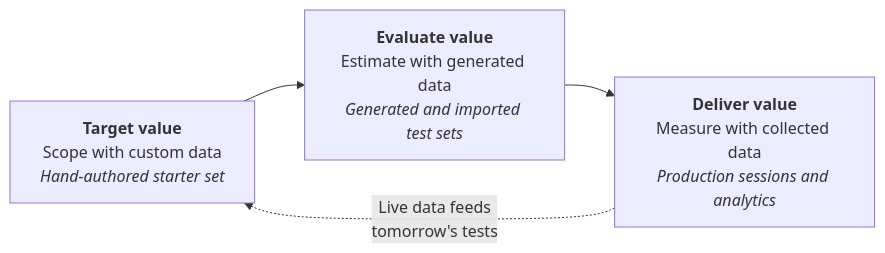
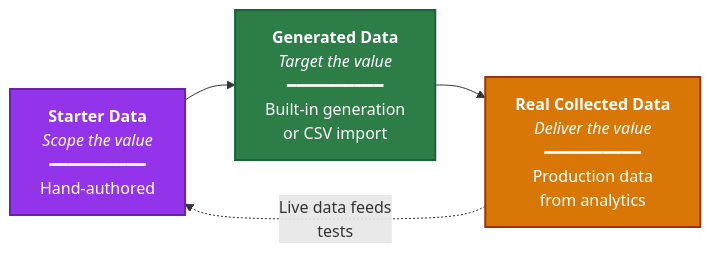
Before and after one commit to microsoft/mcscatblog: the first of 5 diagrams in _posts/2026-05-06-evaluating-copilot-studio-agents.md, drawn with Mermaid. The commit also changed other lines of this file and 8 other files, not shown here.

Commit message:
Build out evaluating-copilot-studio-agents post: full draft, screenshots, mermaid diagrams

````diff
--- a/_posts/2026-05-06-evaluating-copilot-studio-agents.md
+++ b/_posts/2026-05-06-evaluating-copilot-studio-agents.md
@@ -42,5 +42,12 @@
 ```mermaid
 flowchart LR
-    A["<b>Target value</b><br/>Scope with custom data<br/><i>Hand-authored starter set</i>"] --> B["<b>Evaluate value</b><br/>Estimate with generated data<br/><i>Generated and imported test sets</i>"] --> C["<b>Deliver value</b><br/>Measure with collected data<br/><i>Production sessions and analytics</i>"]
-    C -.->|"Live data feeds<br/>tomorrow's tests"| A
+    A["<b>Starter Data</b><br/><i>Scope the value</i><br/>━━━━━━━━━━<br/>Hand-authored"]
+    B["<b>Generated Data</b><br/><i>Target the value</i><br/>━━━━━━━━━━<br/>Built-in generation<br/>or CSV import"]
+    C["<b>Real Collected Data</b><br/><i>Deliver the value</i><br/>━━━━━━━━━━<br/>Production data<br/>from analytics"]
+    A --> B --> C
+    C -.->|"Live data feeds<br/> tests"| A
+
+    style A fill:#9333ea,color:#fff,stroke:#6b21a8,stroke-width:2px
+    style B fill:#2d7d46,color:#fff,stroke:#166534,stroke-width:2px
+    style C fill:#d97706,color:#fff,stroke:#9a3412,stroke-width:2px
 ```
````
